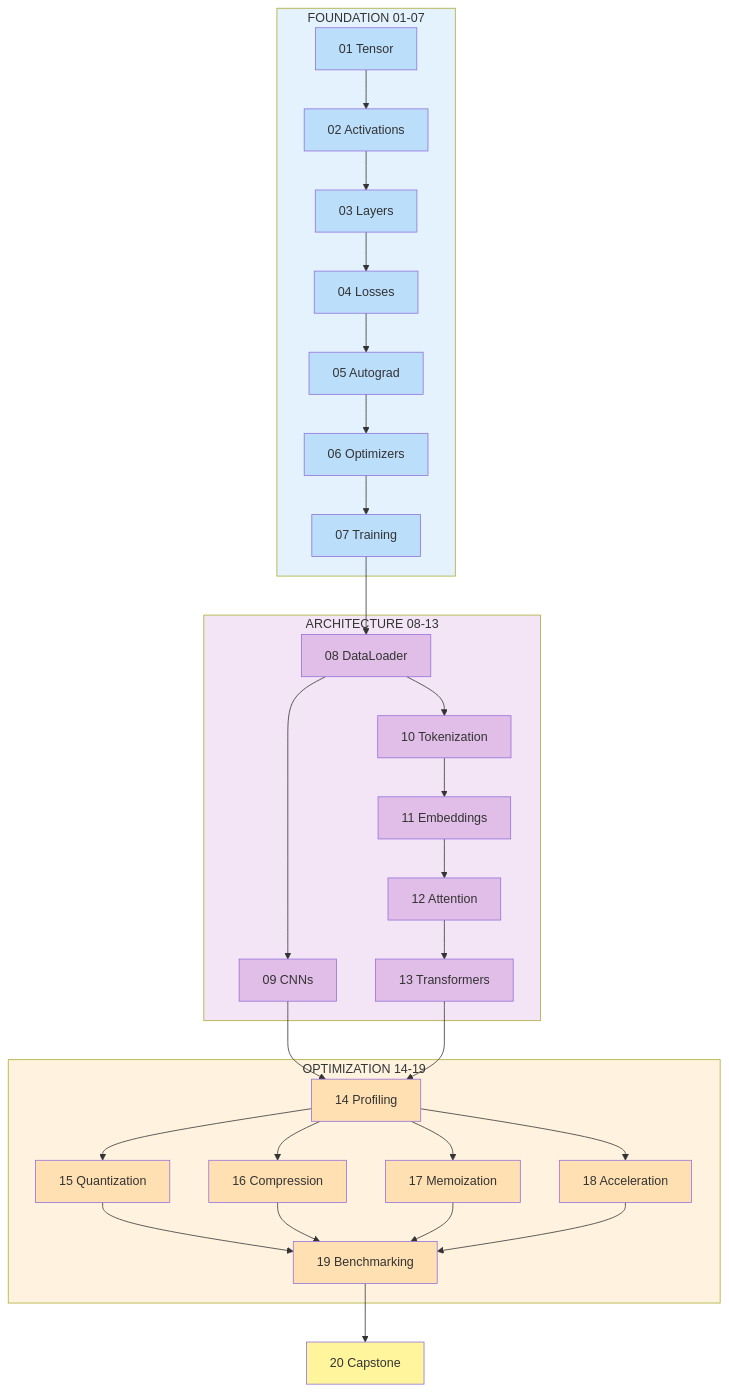
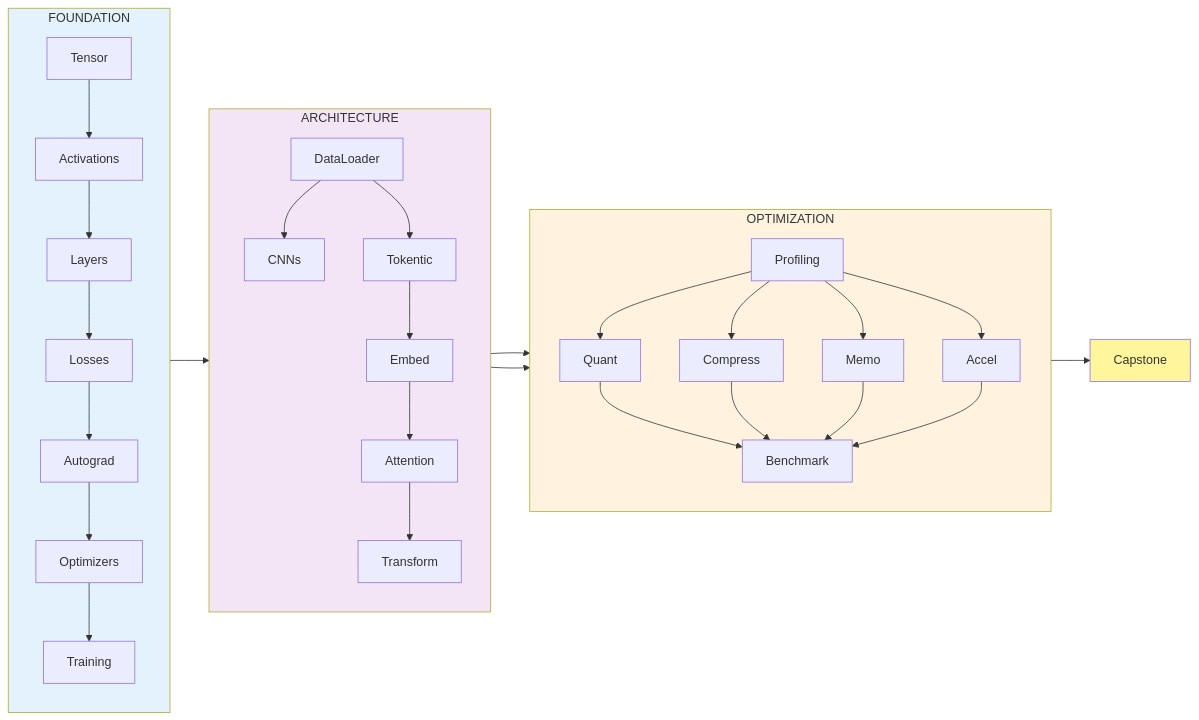
The diagram in tinytorch/site/big-picture.md (harvard-edge/cs249r_book), drawn with Mermaid before and after one commit. The commit also changed 2 other files, not shown here.

Commit message:
fix: constrain mermaid diagram sizes for PDF output
- Update mermaid params to use PDF output with pdfcrop
- Add width and height constraints with keepaspectratio in LaTeX
- Redesign Module Flow diagram to LR layout with TB subgraphs
- Shorten labels to fit better on page

````diff
--- a/tinytorch/site/big-picture.md
+++ b/tinytorch/site/big-picture.md
@@ -21,63 +21,31 @@
 ```{mermaid}
 :align: center
 :caption: TinyTorch Module Flow
-graph TB
-    subgraph Foundation["FOUNDATION 01-07"]
-        T[01 Tensor] --> A[02 Activations] --> L[03 Layers]
-        L --> Loss[04 Losses] --> Auto[05 Autograd]
-        Auto --> Opt[06 Optimizers] --> Train[07 Training]
+graph LR
+    subgraph F["FOUNDATION"]
+        direction TB
+        T[Tensor] --> A[Activations] --> L[Layers] --> Loss[Losses] --> Auto[Autograd] --> Opt[Optimizers] --> Train[Training]
     end
 
-    Train --> Data[08 DataLoader]
-
-    subgraph Architecture["ARCHITECTURE 08-13"]
-        Data --> Conv[09 CNNs]
-        Data --> Tok[10 Tokenization]
-        Tok --> Emb[11 Embeddings] --> Att[12 Attention] --> Trans[13 Transformers]
+    subgraph Arch["ARCHITECTURE"]
+        direction TB
+        Data[DataLoader] --> Conv[CNNs]
+        Data --> Tok[Tokentic] --> Emb[Embed] --> Att[Attention] --> Trans[Transform]
     end
 
+    subgraph Optim["OPTIMIZATION"]
+        direction TB
+        Prof[Profiling] --> Q[Quant] & C[Compress] & M[Memo] & Ac[Accel]
+        Q & C & M & Ac --> Bench[Benchmark]
+    end
+
+    Train --> Data
     Conv --> Prof
     Trans --> Prof
+    Bench --> Cap[Capstone]
 
-    subgraph Optimization["OPTIMIZATION 14-19"]
-        Prof[14 Profiling]
-        Prof --> Quant[15 Quantization]
-        Prof --> Comp[16 Compression]
-        Prof --> Memo[17 Memoization]
-        Prof --> Accel[18 Acceleration]
-        Quant --> Bench[19 Benchmarking]
-        Comp --> Bench
-        Memo --> Bench
-        Accel --> Bench
-    end
-
-    Bench --> Cap[20 Capstone]
-
-    style Foundation fill:#e3f2fd
-    style Architecture fill:#f3e5f5
-    style Optimization fill:#fff3e0
-
-    style T fill:#bbdefb
-    style A fill:#bbdefb
-    style L fill:#bbdefb
-    style Loss fill:#bbdefb
-    style Auto fill:#bbdefb
-    style Opt fill:#bbdefb
-    style Train fill:#bbdefb
-
-    style Data fill:#e1bee7
-    style Conv fill:#e1bee7
-    style Tok fill:#e1bee7
-    style Emb fill:#e1bee7
-    style Att fill:#e1bee7
-    style Trans fill:#e1bee7
-
-    style Prof fill:#ffe0b2
-    style Quant fill:#ffe0b2
-    style Comp fill:#ffe0b2
-    style Memo fill:#ffe0b2
-    style Accel fill:#ffe0b2
-    style Bench fill:#ffe0b2
-
+    style F fill:#e3f2fd
+    style Arch fill:#f3e5f5
+    style Optim fill:#fff3e0
     style Cap fill:#fff59d
 ```
````
